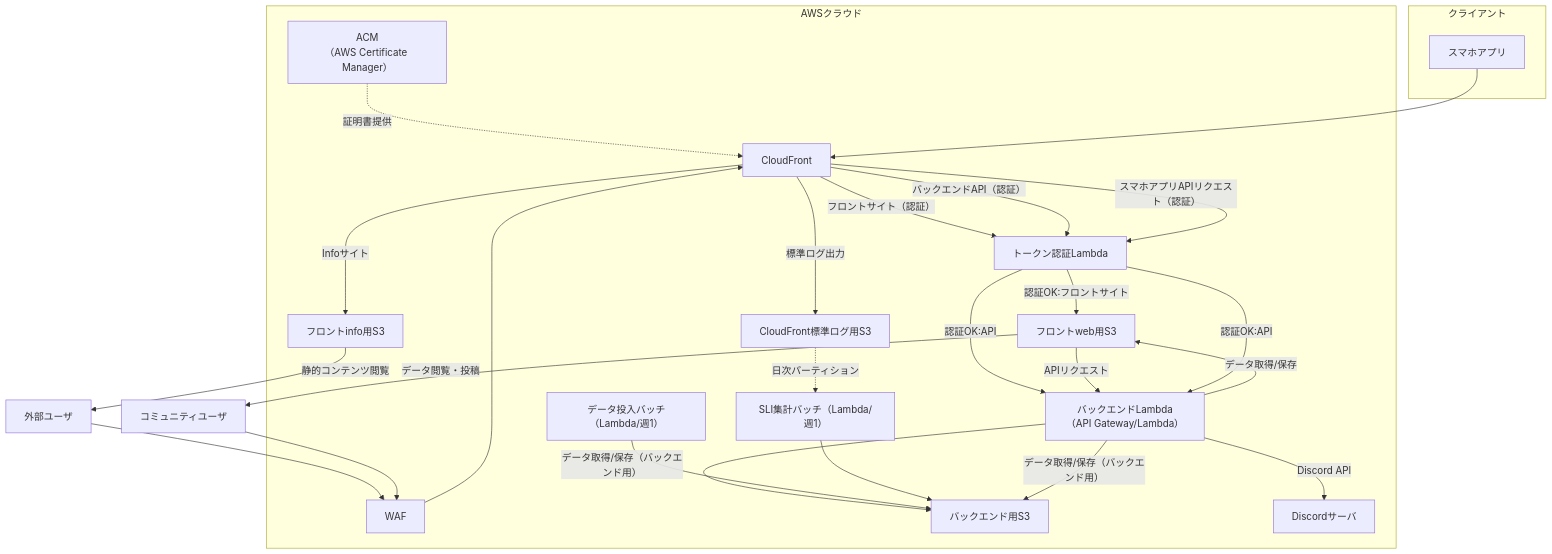
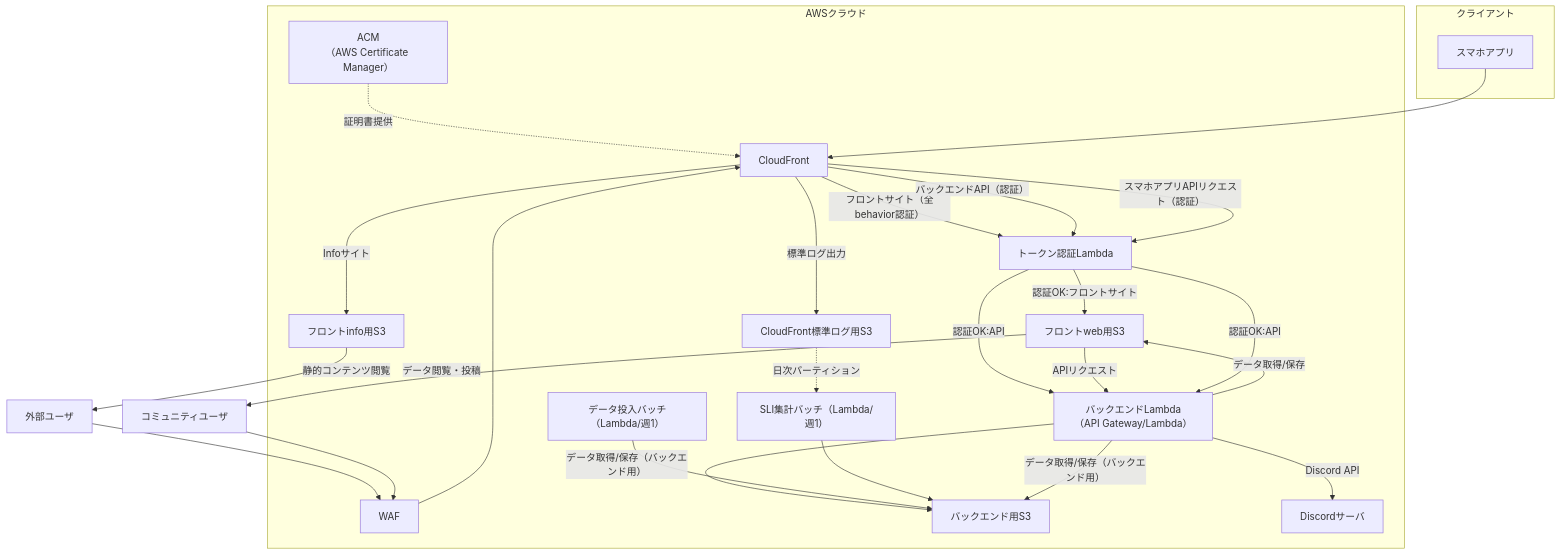
The diagram in documents/ネットワーク構成図.md (deidra-JP-windows/front-web-site-for-riften-terraform), drawn with Mermaid before and after one commit. The commit also changed 17 other files, not shown here.

````diff
--- a/documents/ネットワーク構成図.md
+++ b/documents/ネットワーク構成図.md
@@ -2,43 +2,43 @@
 ```mermaid
 flowchart TD
   subgraph AWSクラウド
     ACM[ACM\n（AWS Certificate Manager）]
     WAF[WAF]
     CF[CloudFront]
   S3_Info[フロントinfo用S3]
   S3_Front[フロントweb用S3]
   S3_Backend[バックエンド用S3]
   S3_CFLog[CloudFront標準ログ用S3]
   API[バックエンドLambda（API Gateway/Lambda）]
   AuthLambda[トークン認証Lambda]
   DataBatch[データ投入バッチ（Lambda/週1）]
   SLI_Batch[SLI集計バッチ（Lambda/週1）]
   Discord[Discordサーバ]
   end
   User[外部ユーザ] --> WAF
   Member[コミュニティユーザ] --> WAF
   WAF --> CF
   ACM -. 証明書提供 .-> CF
   CF -- Infoサイト --> S3_Info
-  CF -- フロントサイト（認証） --> AuthLambda
+  CF -- フロントサイト（全behavior認証） --> AuthLambda
   CF -- バックエンドAPI（認証） --> AuthLambda
   CF -- 標準ログ出力 --> S3_CFLog
   AuthLambda -- 認証OK:フロントサイト --> S3_Front
   AuthLambda -- 認証OK:API --> API
   S3_Info -- 静的コンテンツ閲覧 --> User
   S3_Front -- データ閲覧・投稿 --> Member
   S3_Front -- APIリクエスト --> API
   API -- データ取得/保存 --> S3_Front
   API -- データ取得/保存（バックエンド用） --> S3_Backend
   API -- Discord API --> Discord
   DataBatch --> S3_Backend
   SLI_Batch --> S3_Backend
   S3_CFLog -. 日次パーティション .-> SLI_Batch
   subgraph クライアント
     App[スマホアプリ]
   end
   App --> CF
   CF -- スマホアプリAPIリクエスト（認証） --> AuthLambda
   AuthLambda -- 認証OK:API --> API
   API -- データ取得/保存（バックエンド用） --> S3_Backend
 ```
````
